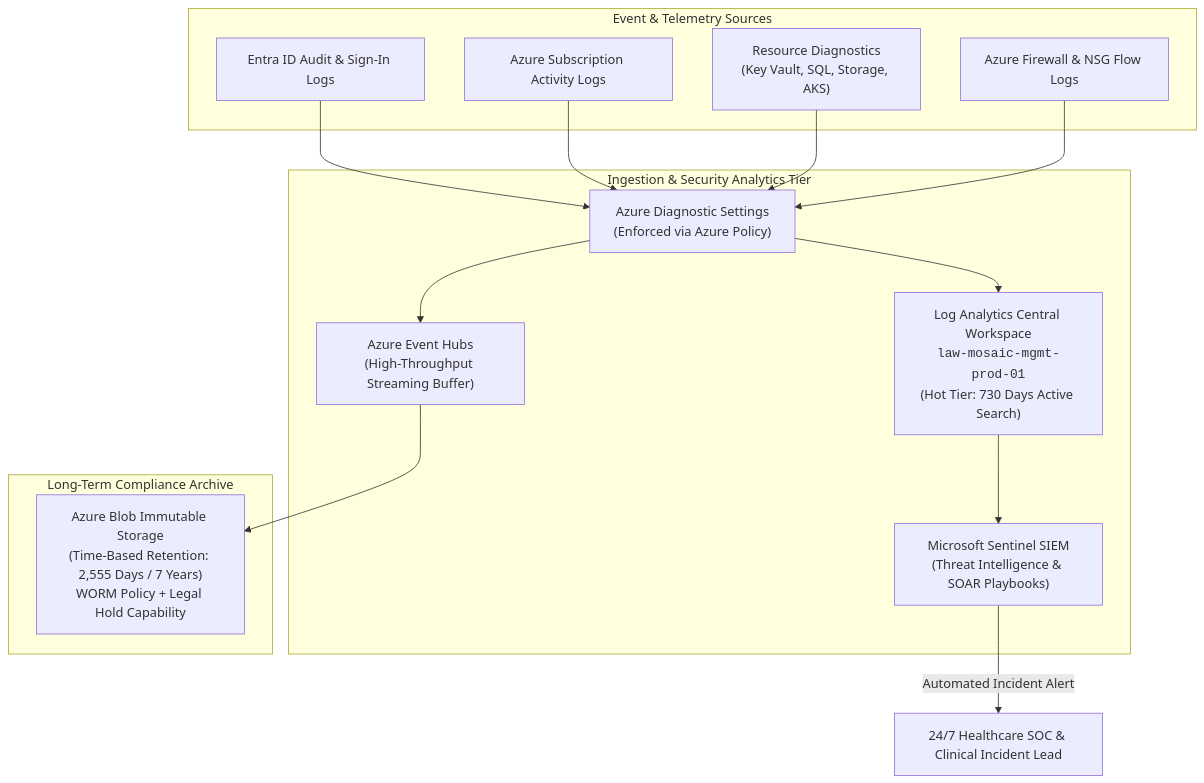
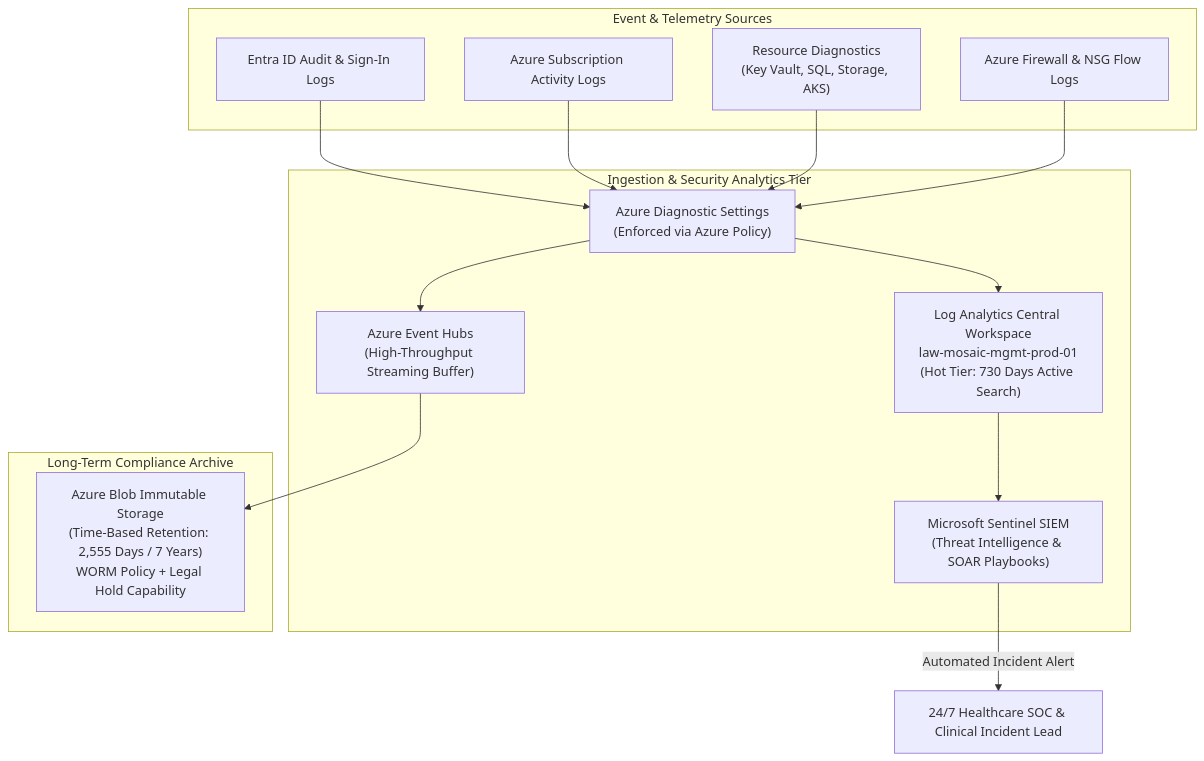
Before and after one commit to FreeFades2Black/mosaic-health-cloud-architecture: the diagram in docs/compliance-hitrust/audit-evidence-logging.md, drawn with Mermaid. The commit also changed 5 other files, not shown here.

Commit message:
fix(mermaid): remove inline html tags to ensure 100% diagram compatibility across all browsers

````diff
--- a/docs/compliance-hitrust/audit-evidence-logging.md
+++ b/docs/compliance-hitrust/audit-evidence-logging.md
@@ -12,32 +12,32 @@
 ```mermaid
 graph TD
     subgraph "Event & Telemetry Sources"
         EntraLogs["Entra ID Audit & Sign-In Logs"]
         ActivityLogs["Azure Subscription Activity Logs"]
         ResourceLogs["Resource Diagnostics<br/>(Key Vault, SQL, Storage, AKS)"]
         NetworkLogs["Azure Firewall & NSG Flow Logs"]
     end
 
     subgraph "Ingestion & Security Analytics Tier"
         DiagnosticSettings["Azure Diagnostic Settings<br/>(Enforced via Azure Policy)"]
         EventHub["Azure Event Hubs<br/>(High-Throughput Streaming Buffer)"]
-        LogAnalytics["Log Analytics Central Workspace<br/><code>law-mosaic-mgmt-prod-01</code><br/>(Hot Tier: 730 Days Active Search)"]
+        LogAnalytics["Log Analytics Central Workspace<br/>law-mosaic-mgmt-prod-01<br/>(Hot Tier: 730 Days Active Search)"]
         Sentinel["Microsoft Sentinel SIEM<br/>(Threat Intelligence & SOAR Playbooks)"]
     end
 
     subgraph "Long-Term Compliance Archive"
         ImmutableStorage["Azure Blob Immutable Storage<br/>(Time-Based Retention: 2,555 Days / 7 Years)<br/>WORM Policy + Legal Hold Capability"]
     end
 
     EntraLogs --> DiagnosticSettings
     ActivityLogs --> DiagnosticSettings
     ResourceLogs --> DiagnosticSettings
     NetworkLogs --> DiagnosticSettings
 
     DiagnosticSettings --> LogAnalytics
     DiagnosticSettings --> EventHub
     EventHub --> ImmutableStorage
 
     LogAnalytics --> Sentinel
     Sentinel -->|Automated Incident Alert| SOC["24/7 Healthcare SOC & Clinical Incident Lead"]
 ```
````
